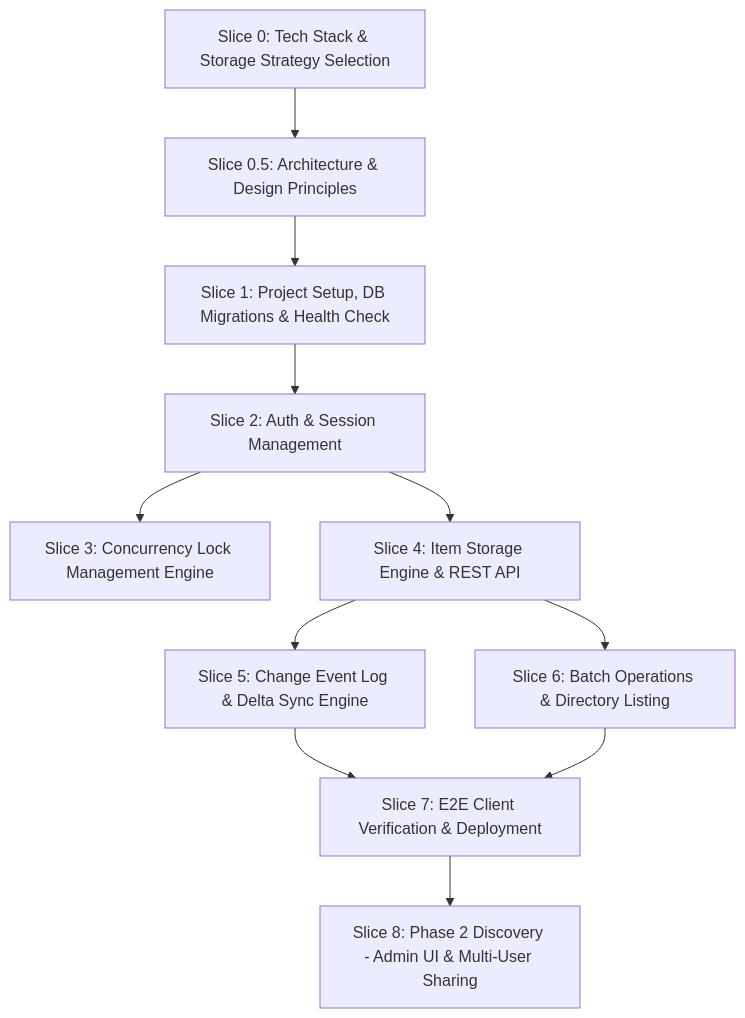
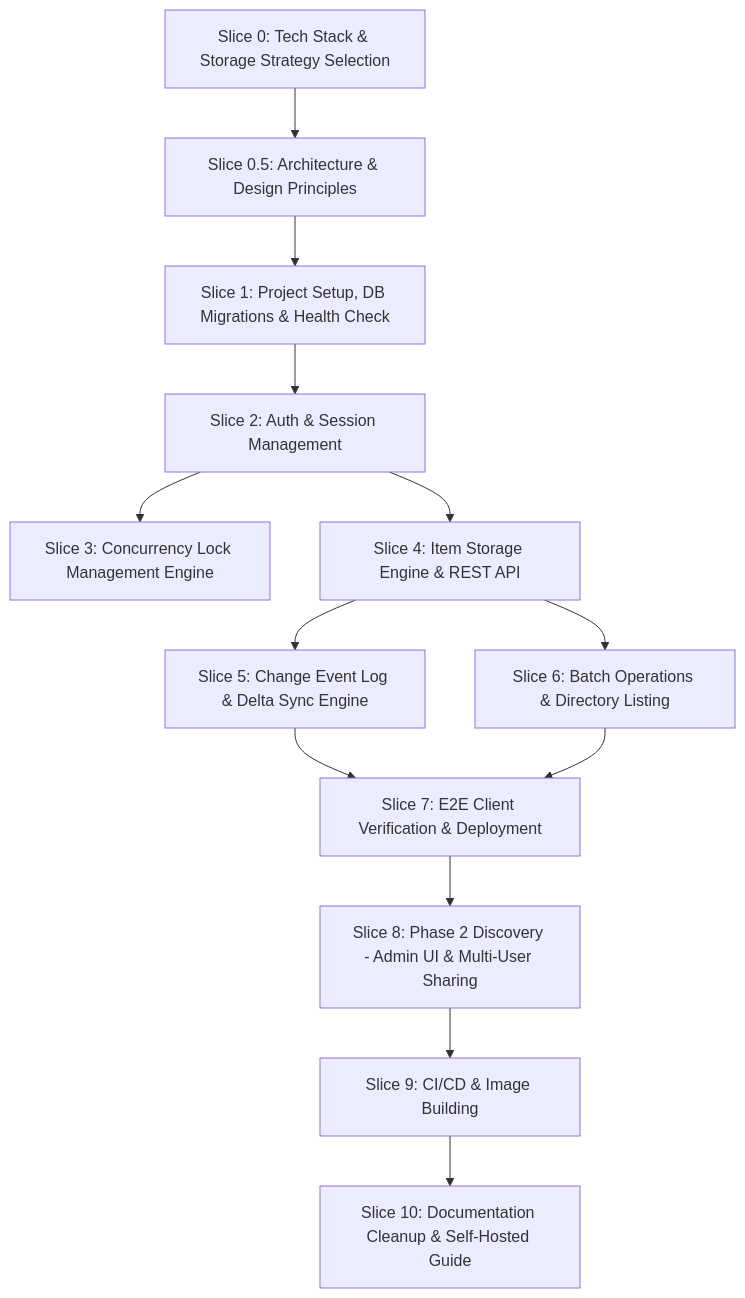
The diagram in docs/foundation_plan.md (jberlyn/syncopation), drawn with Mermaid before and after one commit. The commit also changed other lines of this file and 1 other file, not shown here.

Commit message:
docs: append Slice 9 and 10 to planning documents

````diff
--- a/docs/foundation_plan.md
+++ b/docs/foundation_plan.md
@@ -11,12 +11,14 @@
 ```mermaid
 graph TD
     S0["Slice 0: Tech Stack & Storage Strategy Selection"] --> S05["Slice 0.5: Architecture & Design Principles"]
     S05 --> S1["Slice 1: Project Setup, DB Migrations & Health Check"]
     S1 --> S2["Slice 2: Auth & Session Management"]
     S2 --> S3["Slice 3: Concurrency Lock Management Engine"]
     S2 --> S4["Slice 4: Item Storage Engine & REST API"]
     S4 --> S5["Slice 5: Change Event Log & Delta Sync Engine"]
     S4 --> S6["Slice 6: Batch Operations & Directory Listing"]
     S5 & S6 --> S7["Slice 7: E2E Client Verification & Deployment"]
     S7 --> S8["Slice 8: Phase 2 Discovery - Admin UI & Multi-User Sharing"]
+    S8 --> S9["Slice 9: CI/CD & Image Building"]
+    S9 --> S10["Slice 10: Documentation Cleanup & Self-Hosted Guide"]
 ```
````
